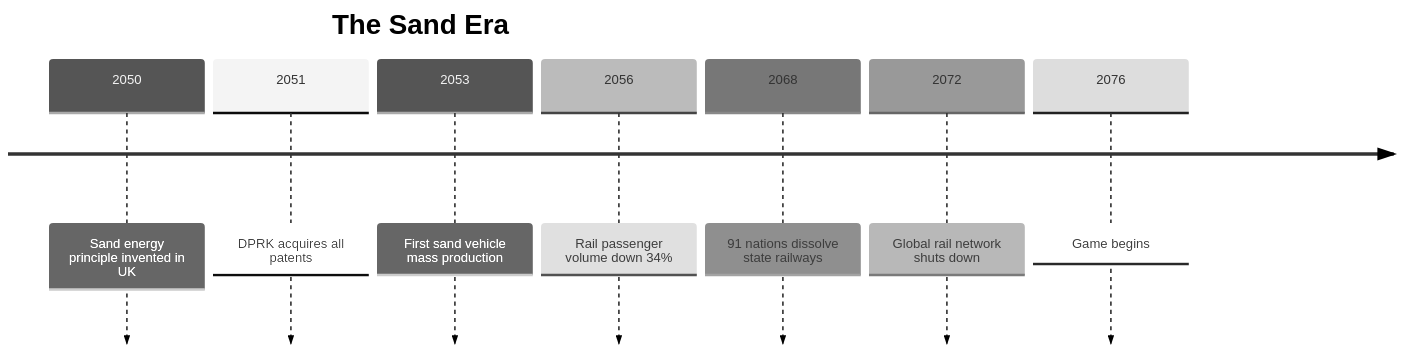
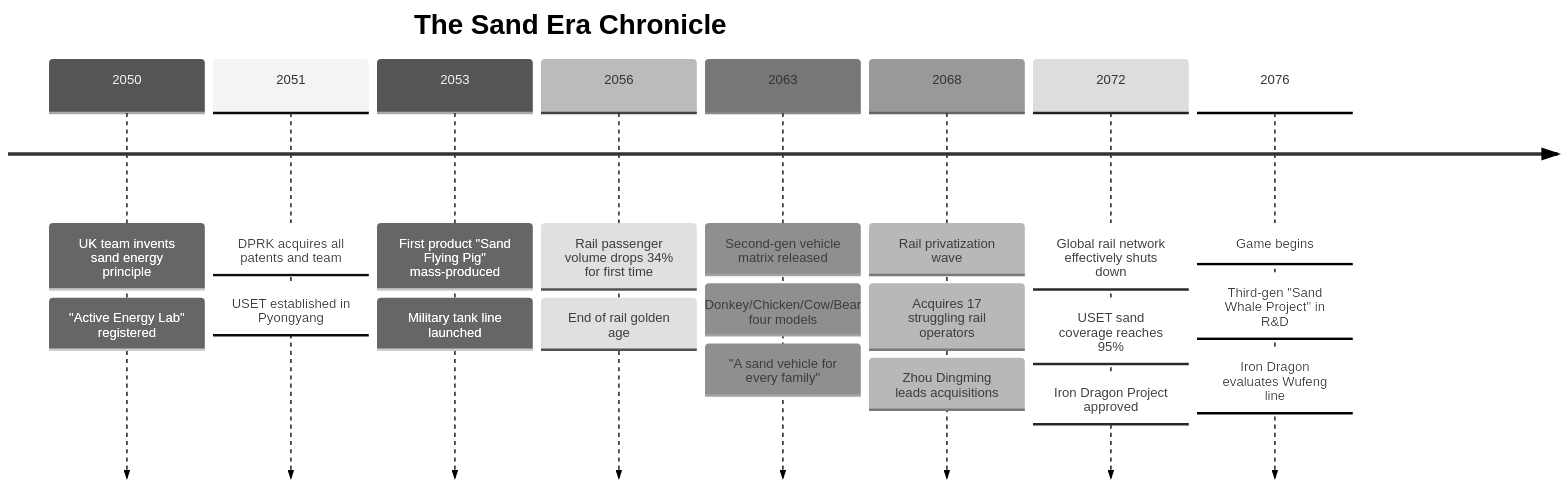
The first of 8 diagrams in README.md (NMDX0721/RailwayRenaissance), drawn with Mermaid (neutral theme) before and after one commit. The commit also changed 1 other file, not shown here.

Commit message:
docs: expand sand energy timeline with detailed events from world lore - 8 milestones with 22 sub-events

````diff
--- a/README.md
+++ b/README.md
@@ -58,11 +58,12 @@
 ```mermaid
 timeline
-    title The Sand Era
-    2050 : Sand energy principle invented in UK
-    2051 : DPRK acquires all patents
-    2053 : First sand vehicle mass production
-    2056 : Rail passenger volume down 34%
-    2068 : 91 nations dissolve state railways
-    2072 : Global rail network shuts down
-    2076 : Game begins
+    title The Sand Era Chronicle
+    2050 : UK team invents sand energy principle : "Active Energy Lab" registered
+    2051 : DPRK acquires all patents and team : USET established in Pyongyang
+    2053 : First product "Sand Flying Pig" mass-produced : Military tank line launched
+    2056 : Rail passenger volume drops 34% for first time : End of rail golden age
+    2063 : Second-gen vehicle matrix released : Donkey/Chicken/Cow/Bear four models : "A sand vehicle for every family"
+    2068 : Rail privatization wave : Acquires 17 struggling rail operators : Zhou Dingming leads acquisitions
+    2072 : Global rail network effectively shuts down : USET sand coverage reaches 95% : Iron Dragon Project approved
+    2076 : Game begins : Third-gen "Sand Whale Project" in R&D : Iron Dragon evaluates Wufeng line
 ```
````
